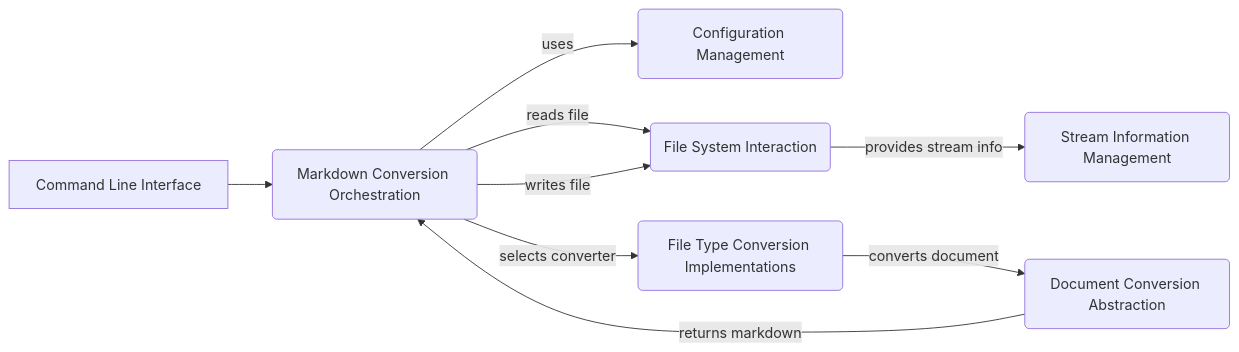
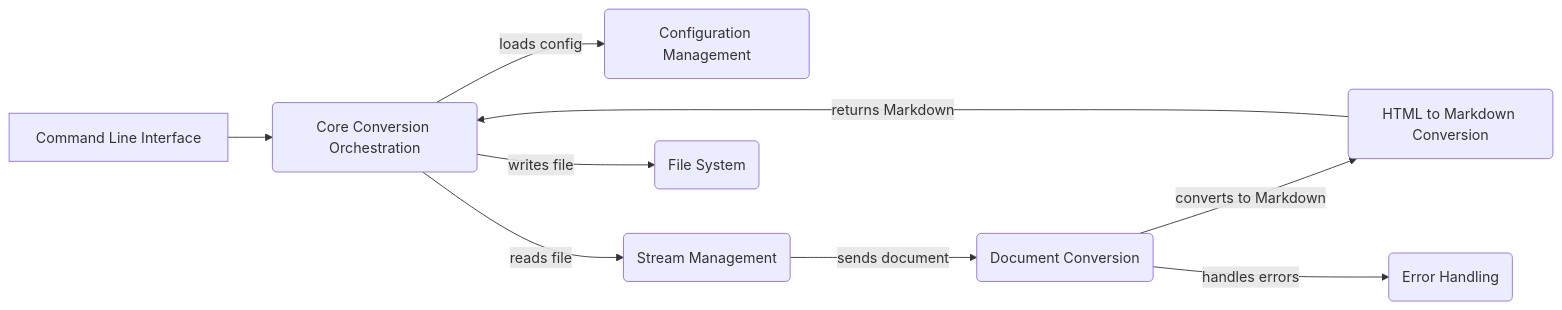
One commit to CodeBoarding/GeneratedOnBoardings changed the diagram in markitdown/on_boarding.md. Above: the diagram before and after it, drawn with Mermaid. The commit also changed other lines of this file and 6 other files, not shown here.

````diff
--- a/markitdown/on_boarding.md
+++ b/markitdown/on_boarding.md
@@ -7,11 +9,11 @@
 ```mermaid
 graph LR
-    A[Command Line Interface] --> B(Markdown Conversion Orchestration)
-    B -- uses --> C(Configuration Management);
-    B -- reads file --> D(File System Interaction);
-    B -- selects converter --> E(File Type Conversion Implementations);
-    E -- converts document --> F(Document Conversion Abstraction);
-    F -- returns markdown --> B;
-    B -- writes file --> D;
-    D -- provides stream info --> G(Stream Information Management);
+    A[Command Line Interface] --> B(Core Conversion Orchestration)
+    B -- loads config --> C(Configuration Management)
+    B -- reads file --> D(Stream Management)
+    D -- sends document --> E(Document Conversion)
+    E -- converts to Markdown --> F(HTML to Markdown Conversion)
+    E -- handles errors --> G(Error Handling)
+    F -- returns Markdown --> B
+    B -- writes file --> H(File System)
 ```
````
